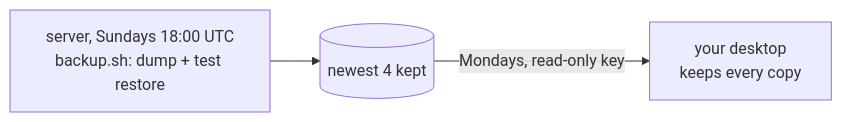
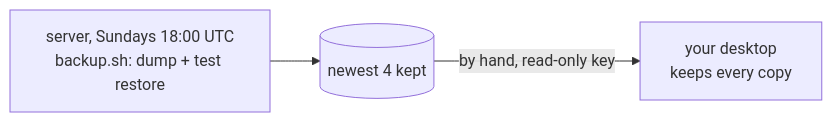
The ninth of 9 diagrams in docs/PROJECT-GUIDE.md (zhuuyicheng/yicheng-website), drawn with Mermaid before and after one commit. The commit also changed other lines of this file and 12 other files, not shown here.

Commit message:
fix: backup copy check looks inside the linked folder; copy home by hand (#13)

````diff
--- a/docs/PROJECT-GUIDE.md
+++ b/docs/PROJECT-GUIDE.md
@@ -343,5 +344,5 @@
 ```mermaid
 flowchart LR
   S["server, Sundays 18:00 UTC<br/>backup.sh: dump + test restore"] --> F[("newest 4 kept")]
-  F -->|"Mondays, read-only key"| DT["your desktop<br/>keeps every copy"]
+  F -->|"by hand, read-only key"| DT["your desktop<br/>keeps every copy"]
 ```
````
